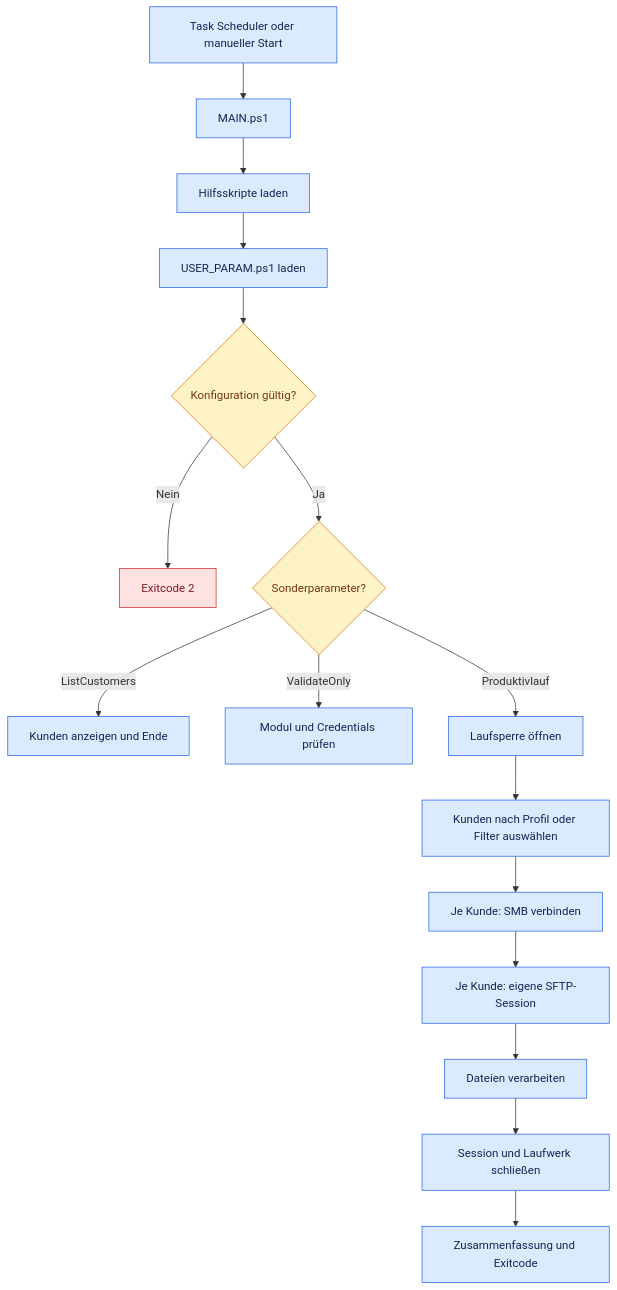
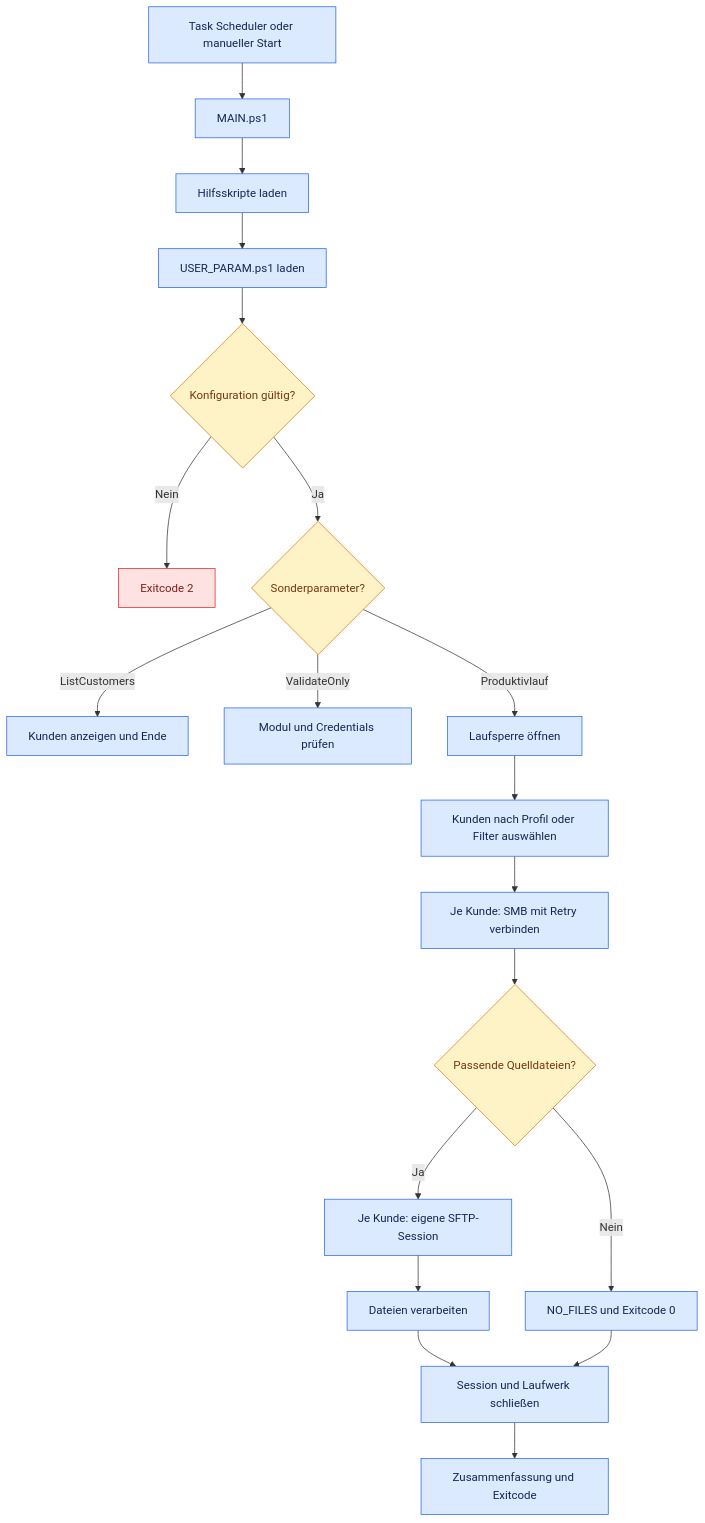
One commit to dila06-dev/TREND_SFTP changed the first of 2 diagrams in TREND_SFTP_DOKUMENTATION/01_ARCHITEKTUR_UND_ABLAUF.md. Above: the diagram before and after it, drawn with Mermaid. The commit also changed other lines of this file and 20 other files, not shown here.

````diff
--- a/TREND_SFTP_DOKUMENTATION/01_ARCHITEKTUR_UND_ABLAUF.md
+++ b/TREND_SFTP_DOKUMENTATION/01_ARCHITEKTUR_UND_ABLAUF.md
@@ -40,26 +40,29 @@
 ```mermaid
 flowchart TD
     A[Task Scheduler oder manueller Start] --> B[MAIN.ps1]
     B --> C[Hilfsskripte laden]
     C --> D[USER_PARAM.ps1 laden]
     D --> E{Konfiguration gültig?}
     E -- Nein --> X[Exitcode 2]
     E -- Ja --> F{Sonderparameter?}
     F -- ListCustomers --> L[Kunden anzeigen und Ende]
     F -- ValidateOnly --> V[Modul und Credentials prüfen]
     F -- Produktivlauf --> G[Laufsperre öffnen]
     G --> H[Kunden nach Profil oder Filter auswählen]
-    H --> I[Je Kunde: SMB verbinden]
-    I --> J[Je Kunde: eigene SFTP-Session]
+    H --> I[Je Kunde: SMB mit Retry verbinden]
+    I --> Q{Passende Quelldateien?}
+    Q -- Nein --> O[NO_FILES und Exitcode 0]
+    Q -- Ja --> J[Je Kunde: eigene SFTP-Session]
     J --> K[Dateien verarbeiten]
     K --> M[Session und Laufwerk schließen]
+    O --> M
     M --> N[Zusammenfassung und Exitcode]
 
     classDef control fill:#dbeafe,stroke:#2563eb,color:#172554;
     classDef ok fill:#dcfce7,stroke:#16a34a,color:#14532d;
     classDef decision fill:#fef3c7,stroke:#d97706,color:#78350f;
     classDef error fill:#fee2e2,stroke:#dc2626,color:#7f1d1d;
-    class A,B,C,D,G,H,I,J,K,M,N,L,V control;
-    class E,F decision;
+    class A,B,C,D,G,H,I,J,K,M,N,L,V,O control;
+    class E,F,Q decision;
     class X error;
 ```
````
